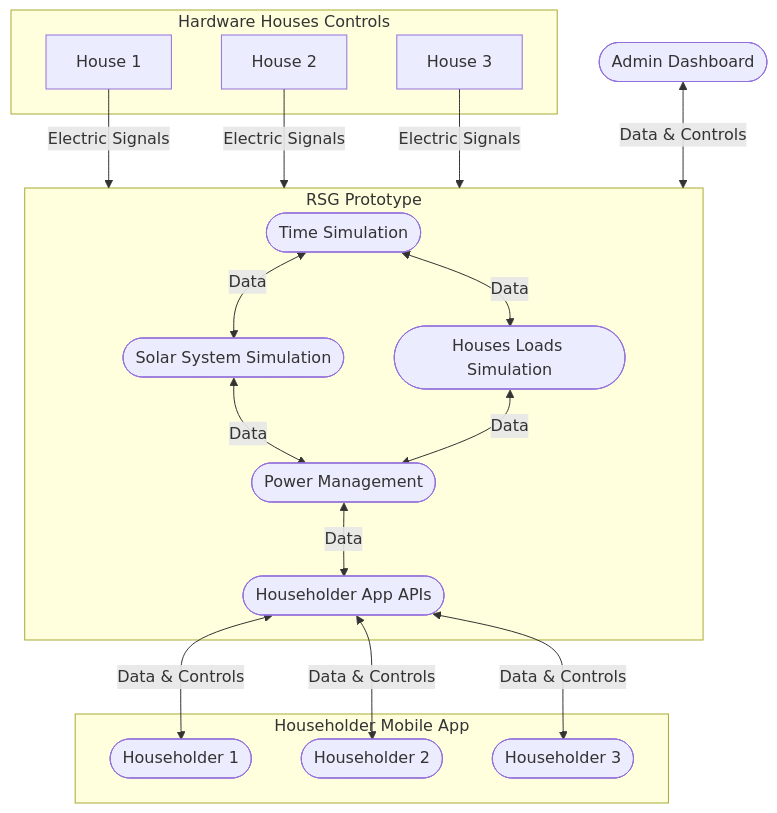
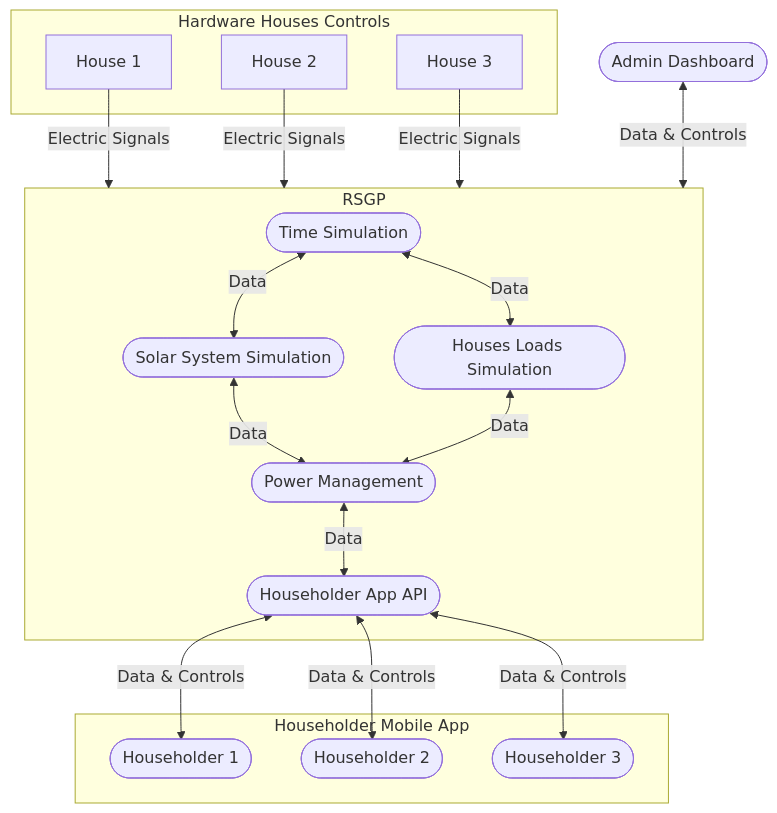
Before and after one commit to ezAldinWaez/residential-smart-grid-prototype: the diagram in graphs/rsg_prototype_system_graph.mermaid, drawn with Mermaid. The commit also changed 4 other files, not shown here.

```diff
--- a/graphs/rsg_prototype_system_graph.mermaid
+++ b/graphs/rsg_prototype_system_graph.mermaid
@@ -1,28 +1,28 @@
 graph TB
 
   subgraph HHC[Hardware Houses Controls]
     HHC_H1[House 1]
     HHC_H2[House 2]
     HHC_H3[House 3]
   end
 
-  subgraph RSGP[RSG Prototype]
+  subgraph RSGP[RSGP]
     RSGP_TS([Time Simulation])
     RSGP_SSS([Solar System Simulation])
     RSGP_HLS([Houses Loads Simulation])
     RSGP_PM([Power Management])
-    RSGP_HAA([Householder App APIs])
+    RSGP_HAA([Householder App API])
   end
 
   subgraph HMA[Householder Mobile App]
     HMA_H1([Householder 1])
     HMA_H2([Householder 2])
     HMA_H3([Householder 3])
   end
 
   AD([Admin Dashboard])
 
   HHC_H1 & HHC_H2 & HHC_H3 --Electric Signals--> RSGP
   AD <--Data & Controls--> RSGP
   RSGP_TS <--Data--> RSGP_SSS & RSGP_HLS <--Data--> RSGP_PM <--Data--> RSGP_HAA
   RSGP_HAA <--Data & Controls--> HMA_H1 & HMA_H2 & HMA_H3
```
